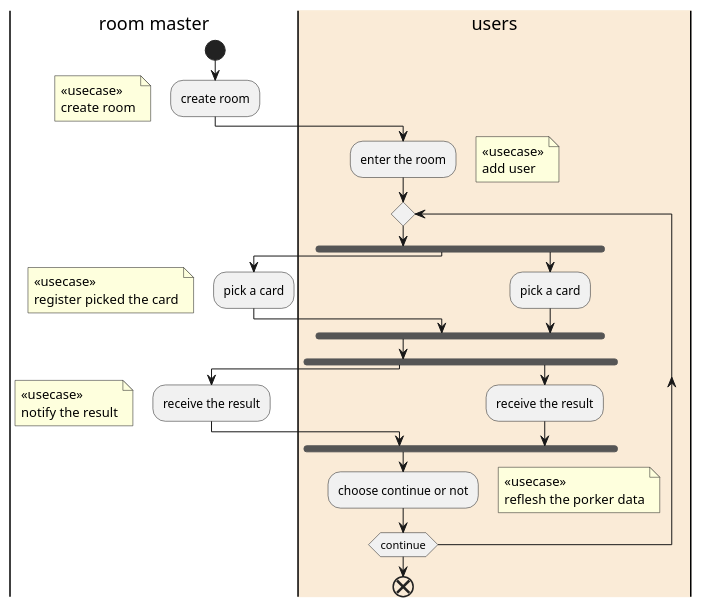
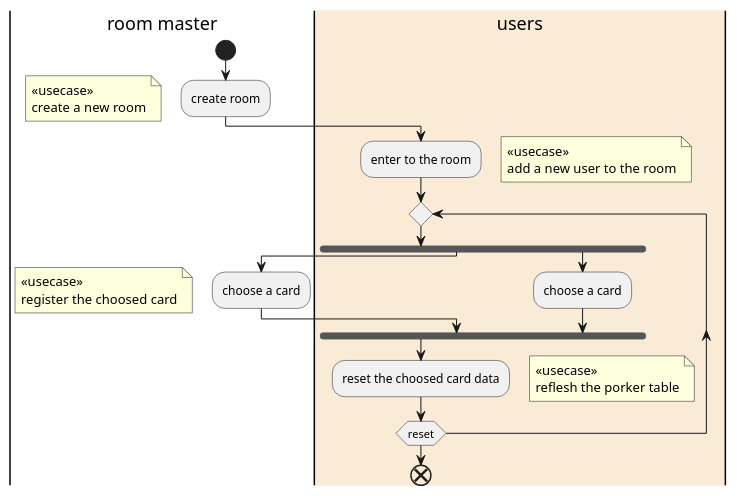
Before and after one commit to yuizho/salon: the diagram in doc/product/biz_flow.puml, drawn with PlantUML.

```diff
--- a/doc/product/biz_flow.puml
+++ b/doc/product/biz_flow.puml
@@ -1,30 +1,22 @@
 @startuml
 |room master|
 start
 :create room;
-floating note left: <<usecase>>\ncreate room
+floating note left: <<usecase>>\ncreate a new room
 |#AntiqueWhite|users|
-:enter the room;
-floating note right:  <<usecase>>\nadd user
+:enter to the room;
+floating note right:  <<usecase>>\nadd a new user to the room
 repeat
 fork
 |room master|
-:pick a card;
-floating note left:  <<usecase>>\nregister picked the card
+:choose a card;
+floating note left:  <<usecase>>\nregister the choosed card
 fork again
 |users|
-:pick a card;
+:choose a card;
 endfork
-fork
-|room master|
-:receive the result;
-floating note left:  <<usecase>>\nnotify the result
-fork again
-|users|
-:receive the result;
-end fork
-:choose continue or not;
-floating note right:  <<usecase>>\nreflesh the porker data
-repeatwhile (continue)
+:reset the choosed card data;
+floating note right:  <<usecase>>\nreflesh the porker table
+repeatwhile (reset)
 end
 @enduml
```
